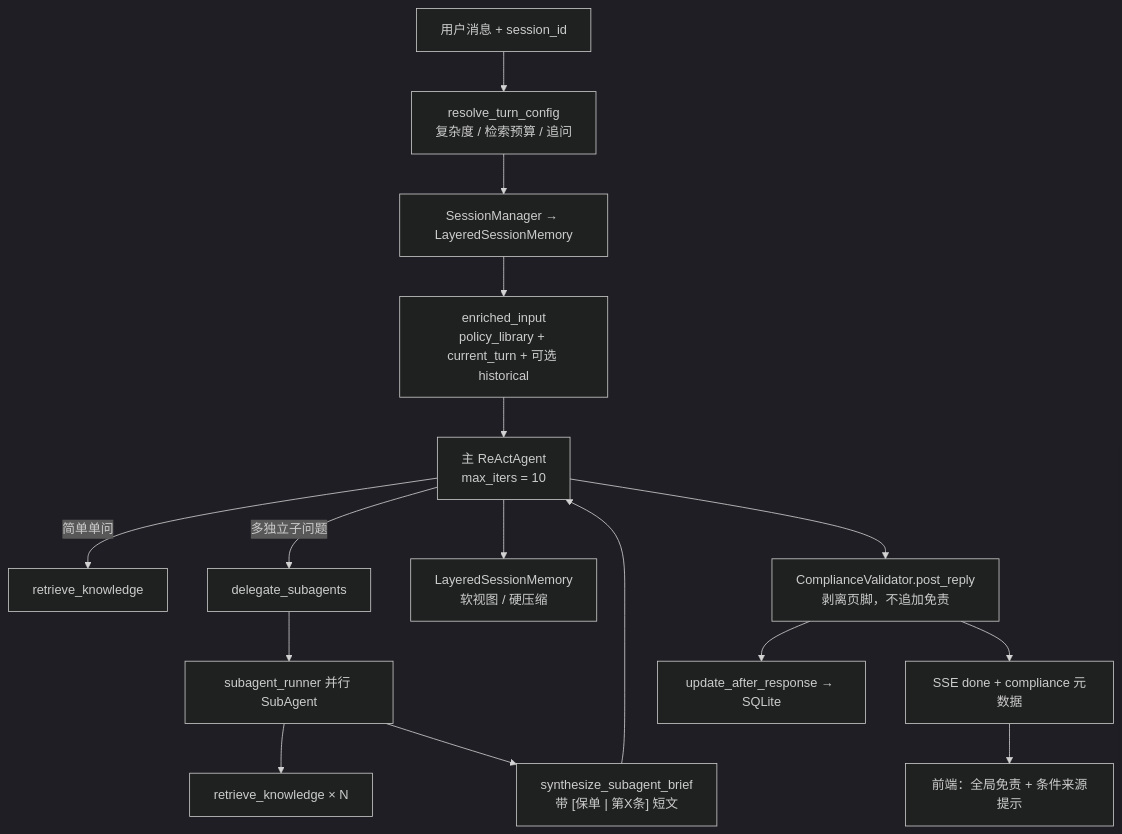
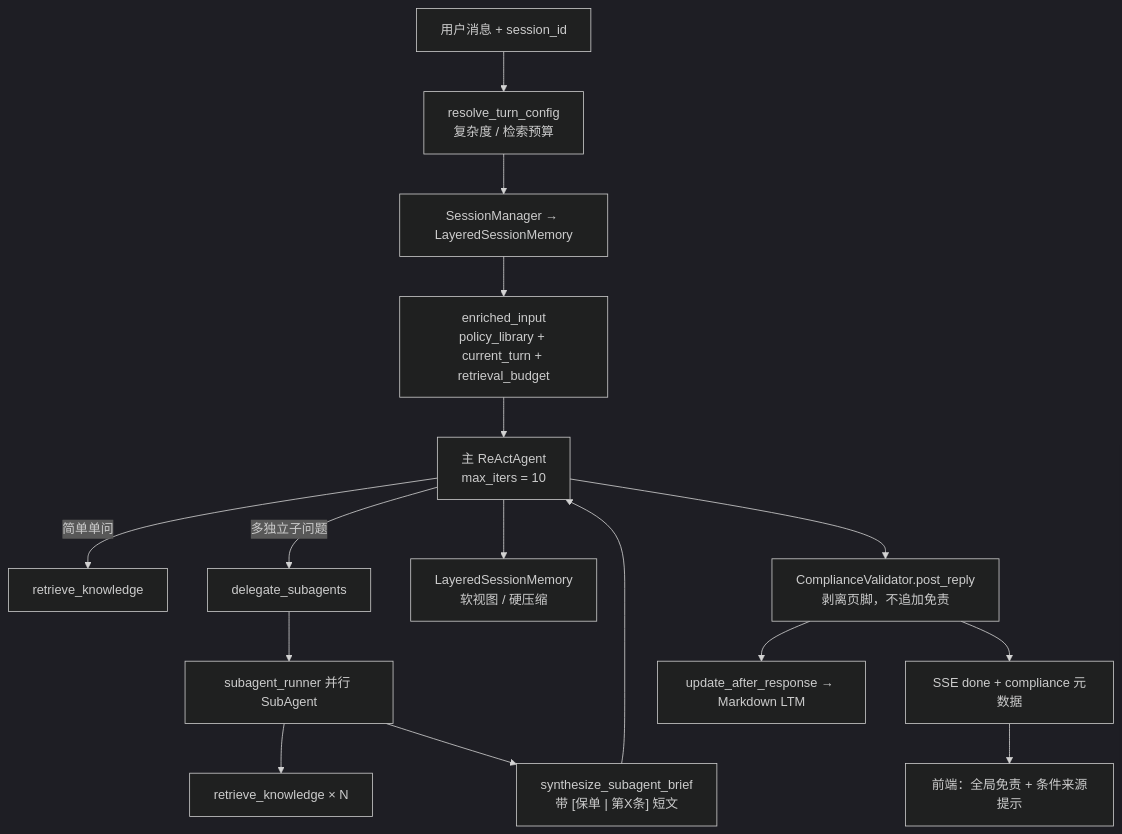
The second of 8 diagrams in docs/architecture.md (X14oMa/Loop_Insurance_Agent), drawn with Mermaid (dark theme) before and after one commit. The commit also changed other lines of this file and 56 other files, not shown here.

First line of the commit message:
Migrate to Markdown LTM and add eval harness with project docs.

````diff
--- a/docs/architecture.md
+++ b/docs/architecture.md
@@ -109,23 +107,23 @@
 ```mermaid
 flowchart TD
     Input["用户消息 + session_id"]
-    Turn["resolve_turn_config<br/>复杂度 / 检索预算 / 追问"]
+    Turn["resolve_turn_config<br/>复杂度 / 检索预算"]
     Bind["SessionManager → LayeredSessionMemory"]
-    Enrich["enriched_input<br/>policy_library + current_turn + 可选 historical"]
+    Enrich["enriched_input<br/>policy_library + current_turn + retrieval_budget"]
     ReAct["主 ReActAgent<br/>max_iters = 10"]
 
     Input --> Turn --> Bind --> Enrich --> ReAct
 
     ReAct -->|简单单问| RAG1["retrieve_knowledge"]
     ReAct -->|多独立子问题| Tool["delegate_subagents"]
     Tool --> Par["subagent_runner 并行 SubAgent"]
     Par --> RAG2["retrieve_knowledge × N"]
     Par --> Brief["synthesize_subagent_brief<br/>带 [保单 | 第X条] 短文"]
     Brief --> ReAct
 
     ReAct --> Ctx["LayeredSessionMemory<br/>软视图 / 硬压缩"]
     ReAct --> Hook["ComplianceValidator.post_reply<br/>剥离页脚，不追加免责"]
     Hook --> Done["SSE done + compliance 元数据"]
     Done --> FE["前端：全局免责 + 条件来源提示"]
-    Hook --> Mem["update_after_response → SQLite"]
+    Hook --> Mem["update_after_response → Markdown LTM"]
 ```
````
